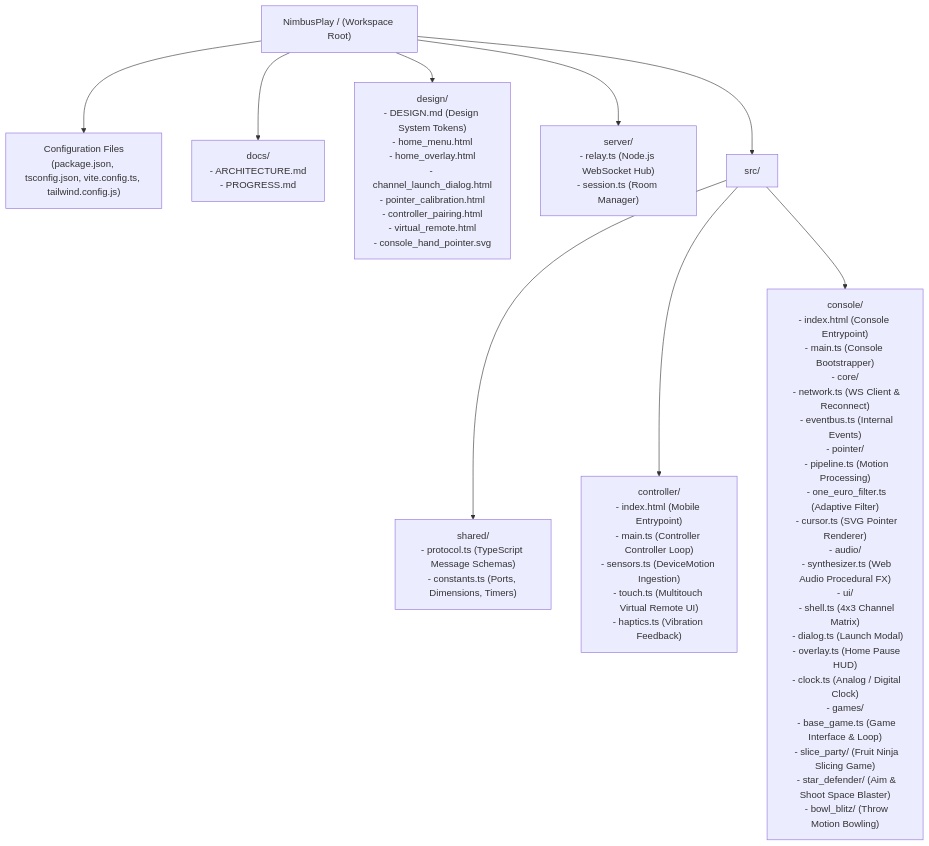
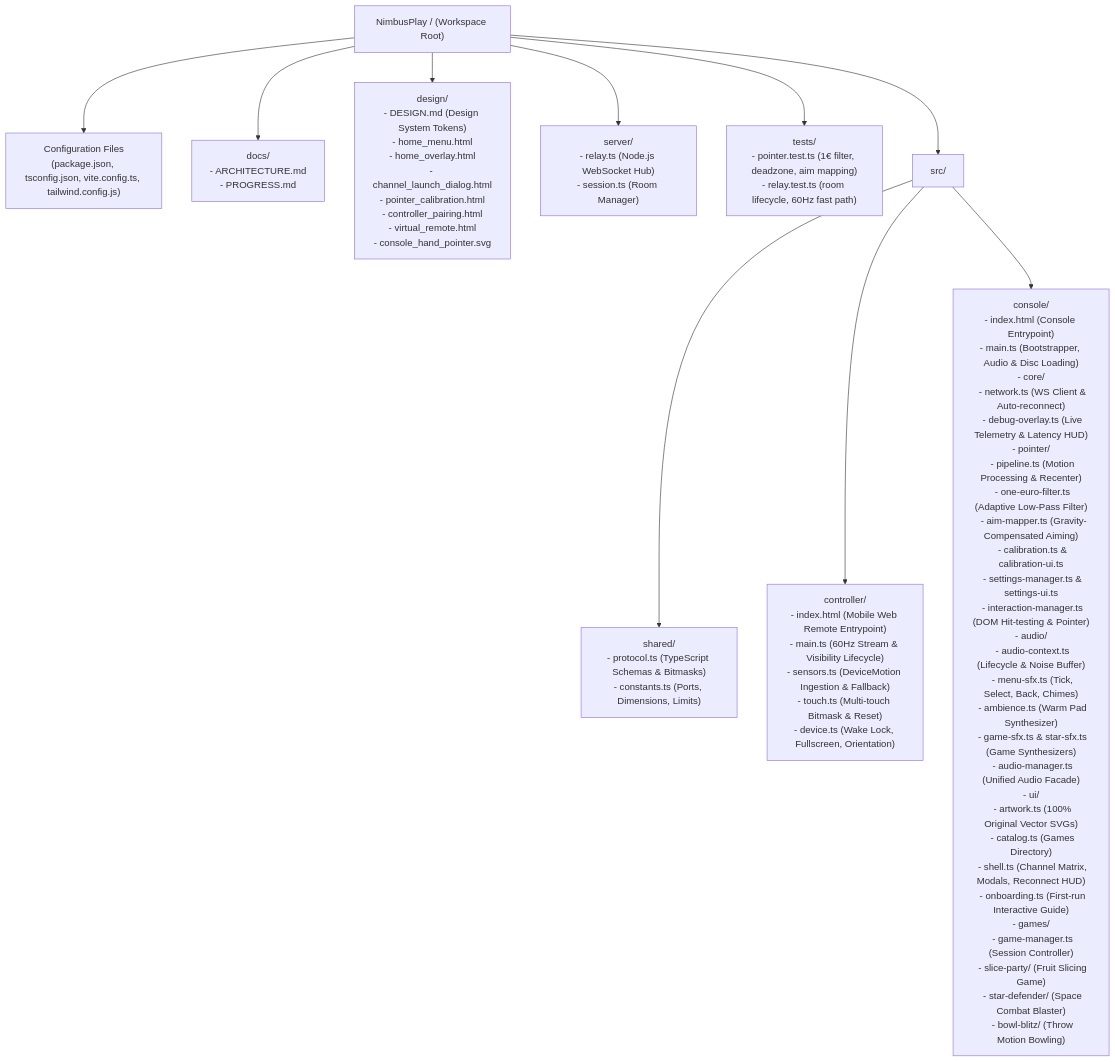
One commit to AdityaSurse/nimbusplay changed diagram 13 of 15 in README.md. Above: the diagram before and after it, drawn with Mermaid. The commit also changed other lines of this file and 21 other files, not shown here.

````diff
--- a/README.md
+++ b/README.md
@@ -354,14 +354,15 @@
 ```mermaid
 flowchart TD
     Root["NimbusPlay / (Workspace Root)"]
     
     Root --> Config["Configuration Files<br/>(package.json, tsconfig.json, vite.config.ts, tailwind.config.js)"]
     Root --> Docs["docs/<br/>- ARCHITECTURE.md<br/>- PROGRESS.md"]
     Root --> Design["design/<br/>- DESIGN.md (Design System Tokens)<br/>- home_menu.html<br/>- home_overlay.html<br/>- channel_launch_dialog.html<br/>- pointer_calibration.html<br/>- controller_pairing.html<br/>- virtual_remote.html<br/>- console_hand_pointer.svg"]
     Root --> Server["server/<br/>- relay.ts (Node.js WebSocket Hub)<br/>- session.ts (Room Manager)"]
+    Root --> Tests["tests/<br/>- pointer.test.ts (1€ filter, deadzone, aim mapping)<br/>- relay.test.ts (room lifecycle, 60Hz fast path)"]
     Root --> Src["src/"]
     
-    Src --> Shared["shared/<br/>- protocol.ts (TypeScript Message Schemas)<br/>- constants.ts (Ports, Dimensions, Timers)"]
-    Src --> Controller["controller/<br/>- index.html (Mobile Entrypoint)<br/>- main.ts (Controller Controller Loop)<br/>- sensors.ts (DeviceMotion Ingestion)<br/>- touch.ts (Multitouch Virtual Remote UI)<br/>- haptics.ts (Vibration Feedback)"]
-    Src --> Console["console/<br/>- index.html (Console Entrypoint)<br/>- main.ts (Console Bootstrapper)<br/>- core/<br/>  - network.ts (WS Client & Reconnect)<br/>  - eventbus.ts (Internal Events)<br/>- pointer/<br/>  - pipeline.ts (Motion Processing)<br/>  - one_euro_filter.ts (Adaptive Filter)<br/>  - cursor.ts (SVG Pointer Renderer)<br/>- audio/<br/>  - synthesizer.ts (Web Audio Procedural FX)<br/>- ui/<br/>  - shell.ts (4x3 Channel Matrix)<br/>  - dialog.ts (Launch Modal)<br/>  - overlay.ts (Home Pause HUD)<br/>  - clock.ts (Analog / Digital Clock)<br/>- games/<br/>  - base_game.ts (Game Interface & Loop)<br/>  - slice_party/ (Fruit Ninja Slicing Game)<br/>  - star_defender/ (Aim & Shoot Space Blaster)<br/>  - bowl_blitz/ (Throw Motion Bowling)"]
+    Src --> Shared["shared/<br/>- protocol.ts (TypeScript Schemas & Bitmasks)<br/>- constants.ts (Ports, Dimensions, Limits)"]
+    Src --> Controller["controller/<br/>- index.html (Mobile Web Remote Entrypoint)<br/>- main.ts (60Hz Stream & Visibility Lifecycle)<br/>- sensors.ts (DeviceMotion Ingestion & Fallback)<br/>- touch.ts (Multi-touch Bitmask & Reset)<br/>- device.ts (Wake Lock, Fullscreen, Orientation)"]
+    Src --> Console["console/<br/>- index.html (Console Entrypoint)<br/>- main.ts (Bootstrapper, Audio & Disc Loading)<br/>- core/<br/>  - network.ts (WS Client & Auto-reconnect)<br/>  - debug-overlay.ts (Live Telemetry & Latency HUD)<br/>- pointer/<br/>  - pipeline.ts (Motion Processing & Recenter)<br/>  - one-euro-filter.ts (Adaptive Low-Pass Filter)<br/>  - aim-mapper.ts (Gravity-Compensated Aiming)<br/>  - calibration.ts & calibration-ui.ts<br/>  - settings-manager.ts & settings-ui.ts<br/>  - interaction-manager.ts (DOM Hit-testing & Pointer)<br/>- audio/<br/>  - audio-context.ts (Lifecycle & Noise Buffer)<br/>  - menu-sfx.ts (Tick, Select, Back, Chimes)<br/>  - ambience.ts (Warm Pad Synthesizer)<br/>  - game-sfx.ts & star-sfx.ts (Game Synthesizers)<br/>  - audio-manager.ts (Unified Audio Facade)<br/>- ui/<br/>  - artwork.ts (100% Original Vector SVGs)<br/>  - catalog.ts (Games Directory)<br/>  - shell.ts (Channel Matrix, Modals, Reconnect HUD)<br/>  - onboarding.ts (First-run Interactive Guide)<br/>- games/<br/>  - game-manager.ts (Session Controller)<br/>  - slice-party/ (Fruit Slicing Game)<br/>  - star-defender/ (Space Combat Blaster)<br/>  - bowl-blitz/ (Throw Motion Bowling)"]
 ```
````
